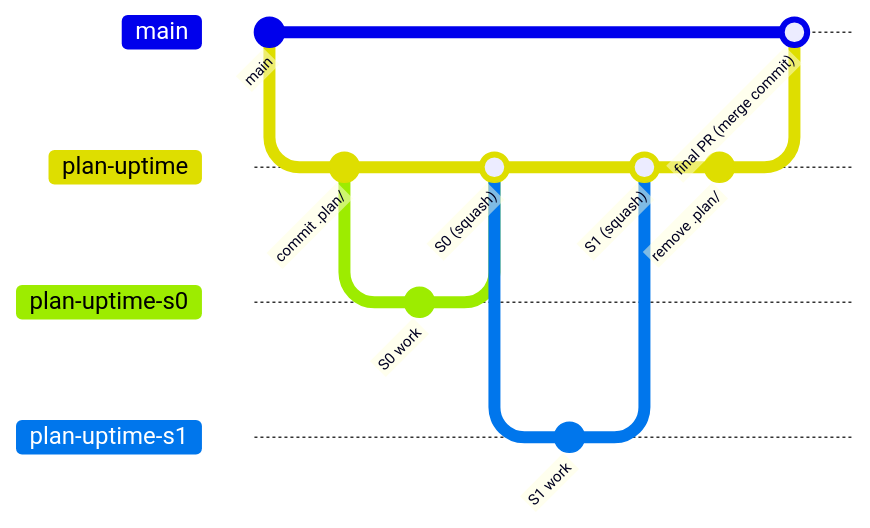
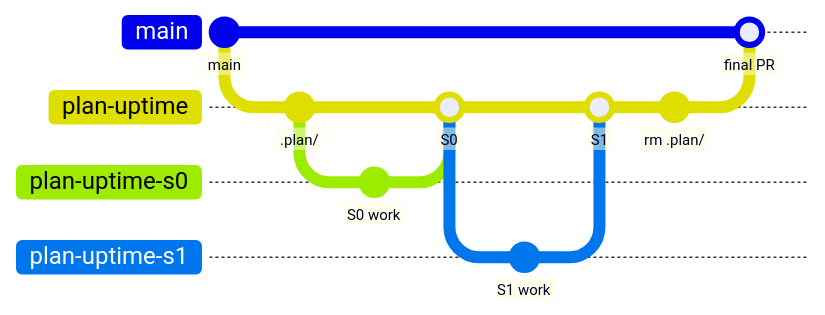
Before and after one commit to by-carlos/plan-staged-rollout: the fourth of 5 diagrams in docs/staged-rollout.md, drawn with Mermaid. The commit also changed other lines of this file and 9 other files, not shown here.

````diff
--- a/docs/staged-rollout.md
+++ b/docs/staged-rollout.md
@@ -287,17 +275,18 @@
 ```mermaid
+%%{init: {"gitGraph": {"rotateCommitLabel": false}}}%%
 gitGraph
     commit id: "main"
     branch plan-uptime
-    commit id: "commit .plan/"
+    commit id: ".plan/"
     branch plan-uptime-s0
     commit id: "S0 work"
     checkout plan-uptime
-    merge plan-uptime-s0 id: "S0 (squash)"
+    merge plan-uptime-s0 id: "S0"
     branch plan-uptime-s1
     commit id: "S1 work"
     checkout plan-uptime
-    merge plan-uptime-s1 id: "S1 (squash)"
-    commit id: "remove .plan/"
+    merge plan-uptime-s1 id: "S1"
+    commit id: "rm .plan/"
     checkout main
-    merge plan-uptime id: "final PR (merge commit)"
+    merge plan-uptime id: "final PR"
 ```
````
